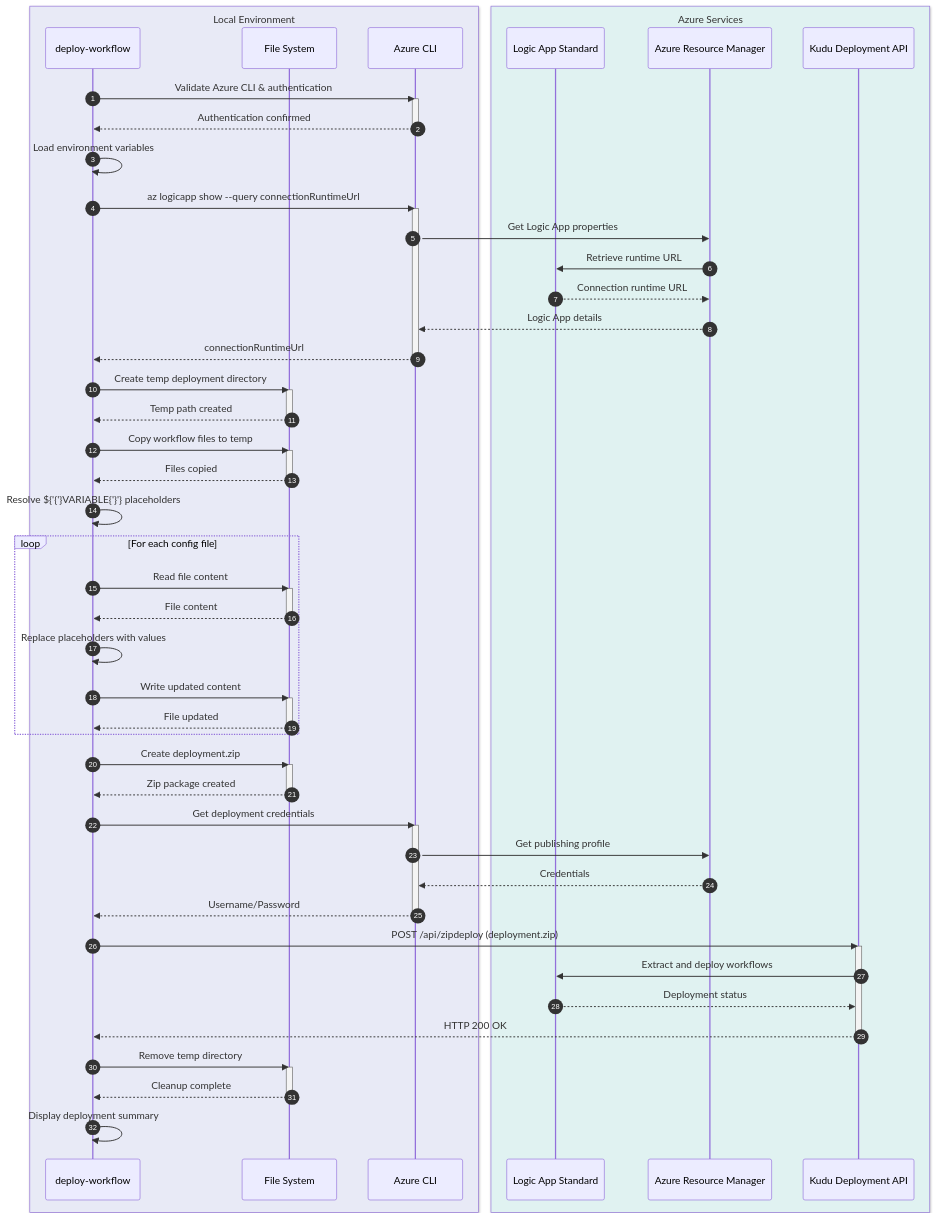
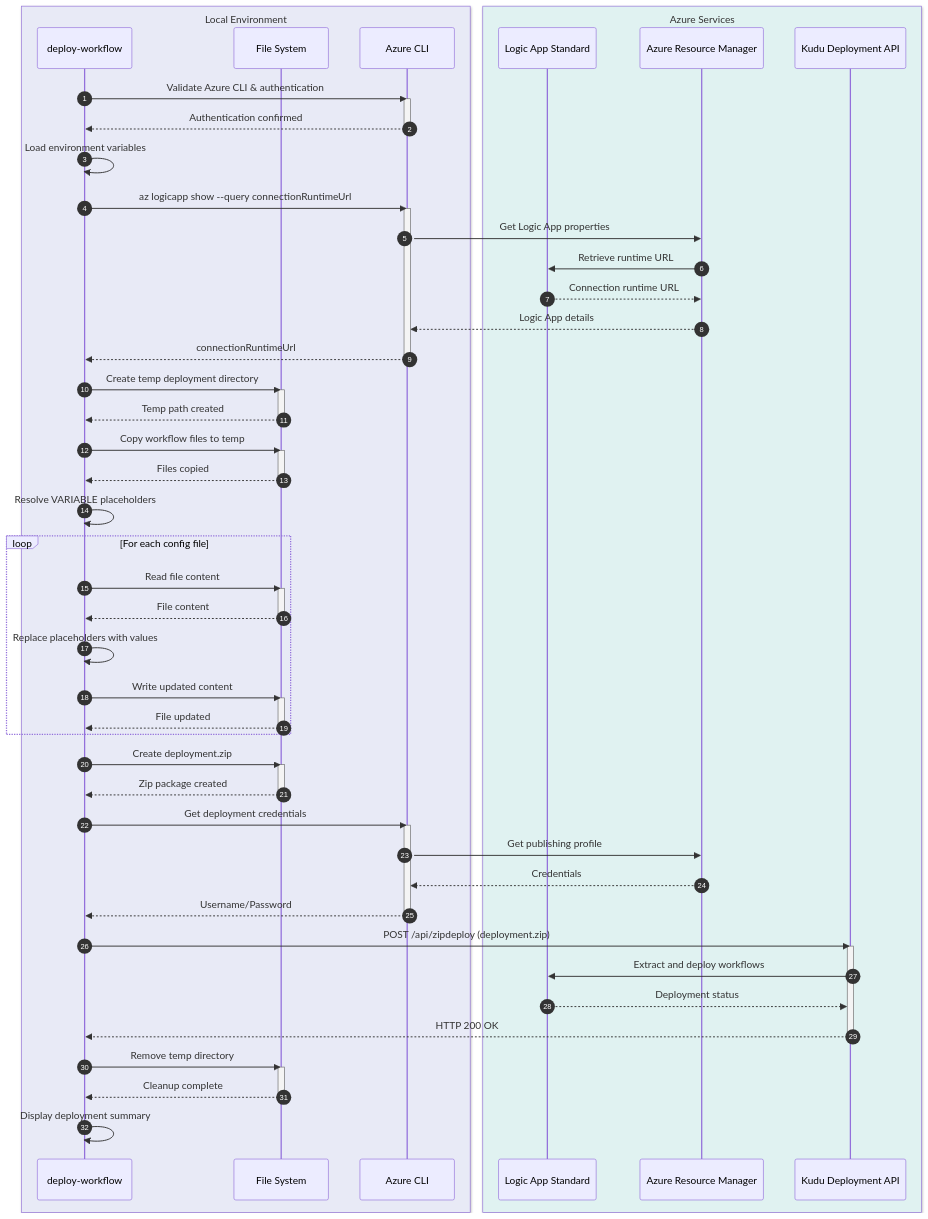
The second of 2 diagrams in docs/hooks/deploy-workflow.md (Evilazaro/Azure-LogicApps-Monitoring), drawn with Mermaid before and after one commit. The commit also changed other lines of this file and 1 other file, not shown here.

Commit message:
docs: Update deploy-workflow documentation to simplify variable placeholder terminology and add sql-managed-identity-config documentation for Azure SQL Database access configuration

````diff
--- a/docs/hooks/deploy-workflow.md
+++ b/docs/hooks/deploy-workflow.md
@@ -176,81 +176,81 @@
 ```mermaid
 sequenceDiagram
     autonumber
     box rgb(232,234,246) Local Environment
         participant Script as deploy-workflow
         participant FS as File System
         participant AzCLI as Azure CLI
     end
 
     box rgb(224,242,241) Azure Services
         participant LogicApp as Logic App Standard
         participant ARM as Azure Resource Manager
         participant Kudu as Kudu Deployment API
     end
 
     Script->>AzCLI: Validate Azure CLI & authentication
     activate AzCLI
     AzCLI-->>Script: Authentication confirmed
     deactivate AzCLI
 
     Script->>Script: Load environment variables
 
     Script->>AzCLI: az logicapp show --query connectionRuntimeUrl
     activate AzCLI
     AzCLI->>ARM: Get Logic App properties
     ARM->>LogicApp: Retrieve runtime URL
     LogicApp-->>ARM: Connection runtime URL
     ARM-->>AzCLI: Logic App details
     AzCLI-->>Script: connectionRuntimeUrl
     deactivate AzCLI
 
     Script->>FS: Create temp deployment directory
     activate FS
     FS-->>Script: Temp path created
     deactivate FS
 
     Script->>FS: Copy workflow files to temp
     activate FS
     FS-->>Script: Files copied
     deactivate FS
 
-    Script->>Script: Resolve ${'{'}VARIABLE{'}'} placeholders
+    Script->>Script: Resolve VARIABLE placeholders
 
     loop For each config file
         Script->>FS: Read file content
         activate FS
         FS-->>Script: File content
         deactivate FS
         Script->>Script: Replace placeholders with values
         Script->>FS: Write updated content
         activate FS
         FS-->>Script: File updated
         deactivate FS
     end
 
     Script->>FS: Create deployment.zip
     activate FS
     FS-->>Script: Zip package created
     deactivate FS
 
     Script->>AzCLI: Get deployment credentials
     activate AzCLI
     AzCLI->>ARM: Get publishing profile
     ARM-->>AzCLI: Credentials
     AzCLI-->>Script: Username/Password
     deactivate AzCLI
 
     Script->>Kudu: POST /api/zipdeploy (deployment.zip)
     activate Kudu
     Kudu->>LogicApp: Extract and deploy workflows
     LogicApp-->>Kudu: Deployment status
     Kudu-->>Script: HTTP 200 OK
     deactivate Kudu
 
     Script->>FS: Remove temp directory
     activate FS
     FS-->>Script: Cleanup complete
     deactivate FS
 
     Script->>Script: Display deployment summary
 ```
````
